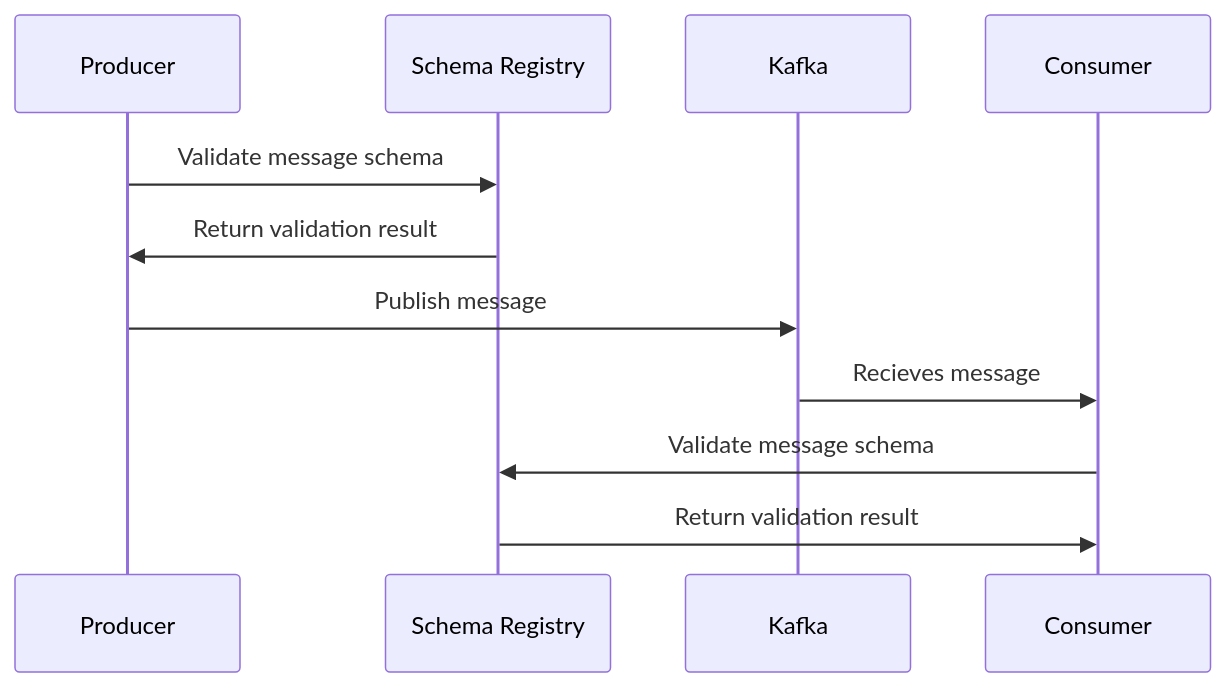
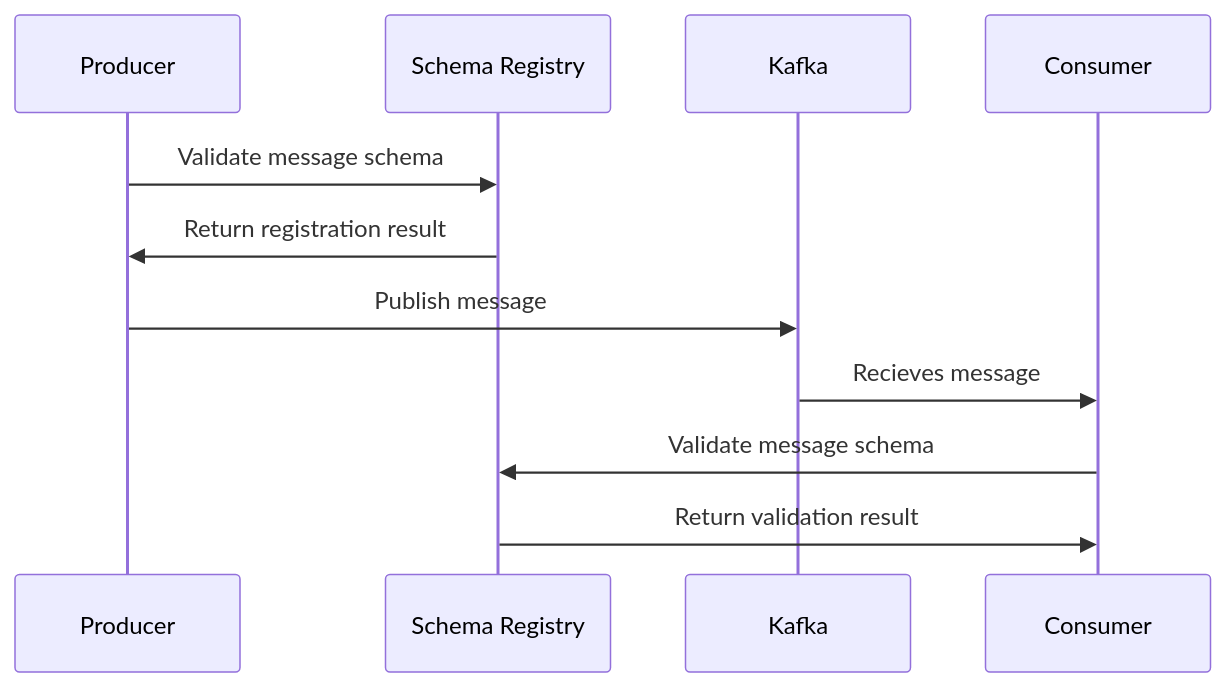
The third of 4 diagrams in pages/docs/guides/message-validation.md (asyncapi/website), drawn with Mermaid before and after one commit.

````diff
--- a/pages/docs/guides/message-validation.md
+++ b/pages/docs/guides/message-validation.md
@@ -72,10 +72,10 @@
 ```mermaid
 sequenceDiagram
 Producer ->> Schema Registry: Validate message schema
-Schema Registry ->> Producer: Return validation result
+Schema Registry ->> Producer: Return registration result
 
 Producer ->> Kafka: Publish message
 Kafka ->> Consumer: Recieves message
 Consumer ->> Schema Registry: Validate message schema
 Schema Registry ->> Consumer: Return validation result
 ```
````
